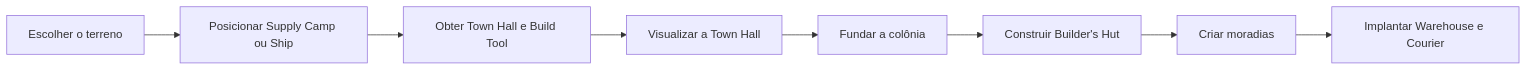
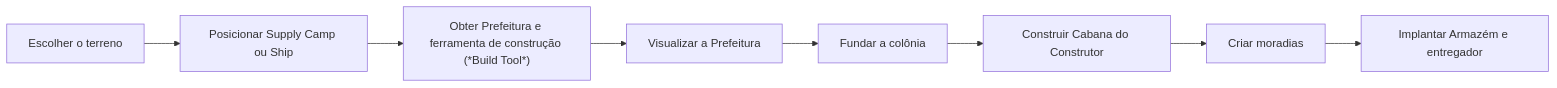
The diagram in content/01 - Primeiros Passos/Começando no MineColonies.md (addandias/minecolonies-vault), drawn with Mermaid before and after one commit. The commit also changed other lines of this file and 127 other files, not shown here.

````diff
--- a/content/01 - Primeiros Passos/Começando no MineColonies.md
+++ b/content/01 - Primeiros Passos/Começando no MineColonies.md
@@ -31,10 +31,10 @@
 ```mermaid
 flowchart LR
     A["Escolher o terreno"] --> B["Posicionar Supply Camp ou Ship"]
-    B --> C["Obter Town Hall e Build Tool"]
-    C --> D["Visualizar a Town Hall"]
+    B --> C["Obter Prefeitura e ferramenta de construção (*Build Tool*)"]
+    C --> D["Visualizar a Prefeitura"]
     D --> E["Fundar a colônia"]
-    E --> F["Construir Builder's Hut"]
+    E --> F["Construir Cabana do Construtor"]
     F --> G["Criar moradias"]
-    G --> H["Implantar Warehouse e Courier"]
+    G --> H["Implantar Armazém e entregador"]
 ```
````
